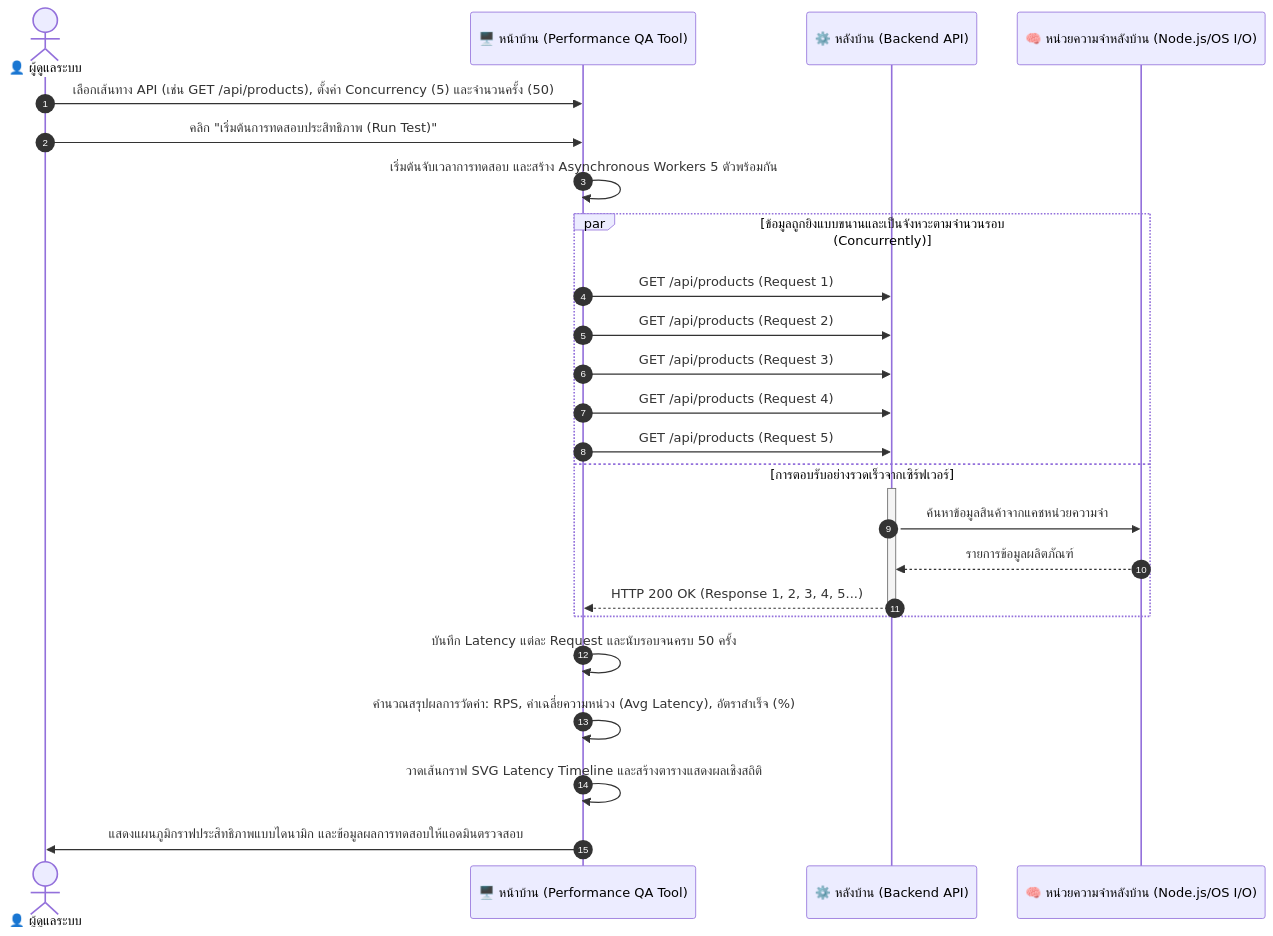
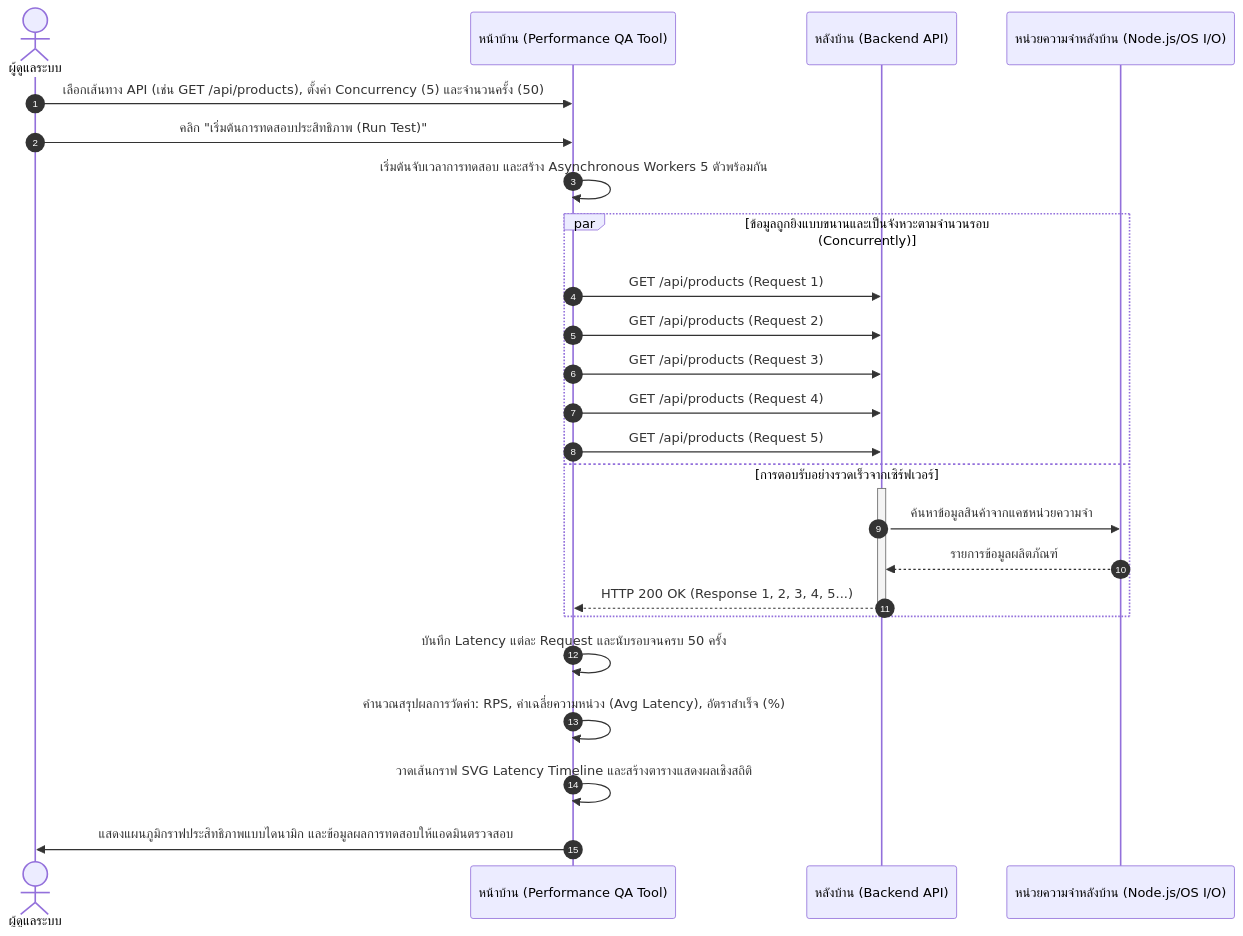
One commit to neoaway2909/fitpung changed the eighth of 8 diagrams in system_design.md. Above: the diagram before and after it, drawn with Mermaid. The commit also changed other lines of this file, not shown here.

````diff
--- a/system_design.md
+++ b/system_design.md
@@ -491,31 +492,31 @@
 ```mermaid
 sequenceDiagram
   autonumber
-  actor Admin as 👤 ผู้ดูแลระบบ
-  participant FE as 🖥️ หน้าบ้าน (Performance QA Tool)
-  participant BE as ⚙️ หลังบ้าน (Backend API)
-  participant Cache as 🧠 หน่วยความจำหลังบ้าน (Node.js/OS I/O)
+  actor Admin as ผู้ดูแลระบบ
+  participant FE as หน้าบ้าน (Performance QA Tool)
+  participant BE as หลังบ้าน (Backend API)
+  participant Cache as หน่วยความจำหลังบ้าน (Node.js/OS I/O)
 
   Admin->>FE: เลือกเส้นทาง API (เช่น GET /api/products), ตั้งค่า Concurrency (5) และจำนวนครั้ง (50)
   Admin->>FE: คลิก "เริ่มต้นการทดสอบประสิทธิภาพ (Run Test)"
   FE->>FE: เริ่มต้นจับเวลาการทดสอบ และสร้าง Asynchronous Workers 5 ตัวพร้อมกัน
   
   par ข้อมูลถูกยิงแบบขนานและเป็นจังหวะตามจำนวนรอบ (Concurrently)
     FE->>BE: GET /api/products (Request 1)
     FE->>BE: GET /api/products (Request 2)
     FE->>BE: GET /api/products (Request 3)
     FE->>BE: GET /api/products (Request 4)
     FE->>BE: GET /api/products (Request 5)
   and การตอบรับอย่างรวดเร็วจากเซิร์ฟเวอร์
     activate BE
     BE->>Cache: ค้นหาข้อมูลสินค้าจากแคชหน่วยความจำ
     Cache-->>BE: รายการข้อมูลผลิตภัณฑ์
     BE-->>FE: HTTP 200 OK (Response 1, 2, 3, 4, 5...)
     deactivate BE
   end
   
   FE->>FE: บันทึก Latency แต่ละ Request และนับรอบจนครบ 50 ครั้ง
   FE->>FE: คำนวณสรุปผลการวัดค่า: RPS, ค่าเฉลี่ยความหน่วง (Avg Latency), อัตราสำเร็จ (%)
   FE->>FE: วาดเส้นกราฟ SVG Latency Timeline และสร้างตารางแสดงผลเชิงสถิติ
   FE->>Admin: แสดงแผนภูมิกราฟประสิทธิภาพแบบไดนามิก และข้อมูลผลการทดสอบให้แอดมินตรวจสอบ
 ```
````
